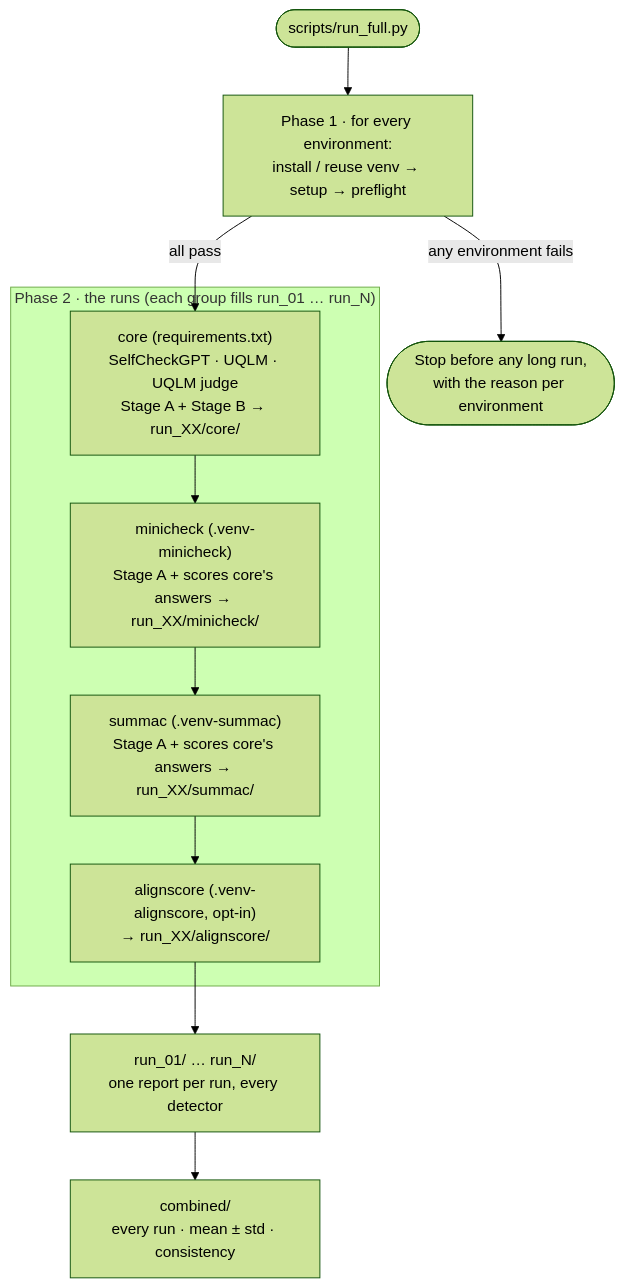
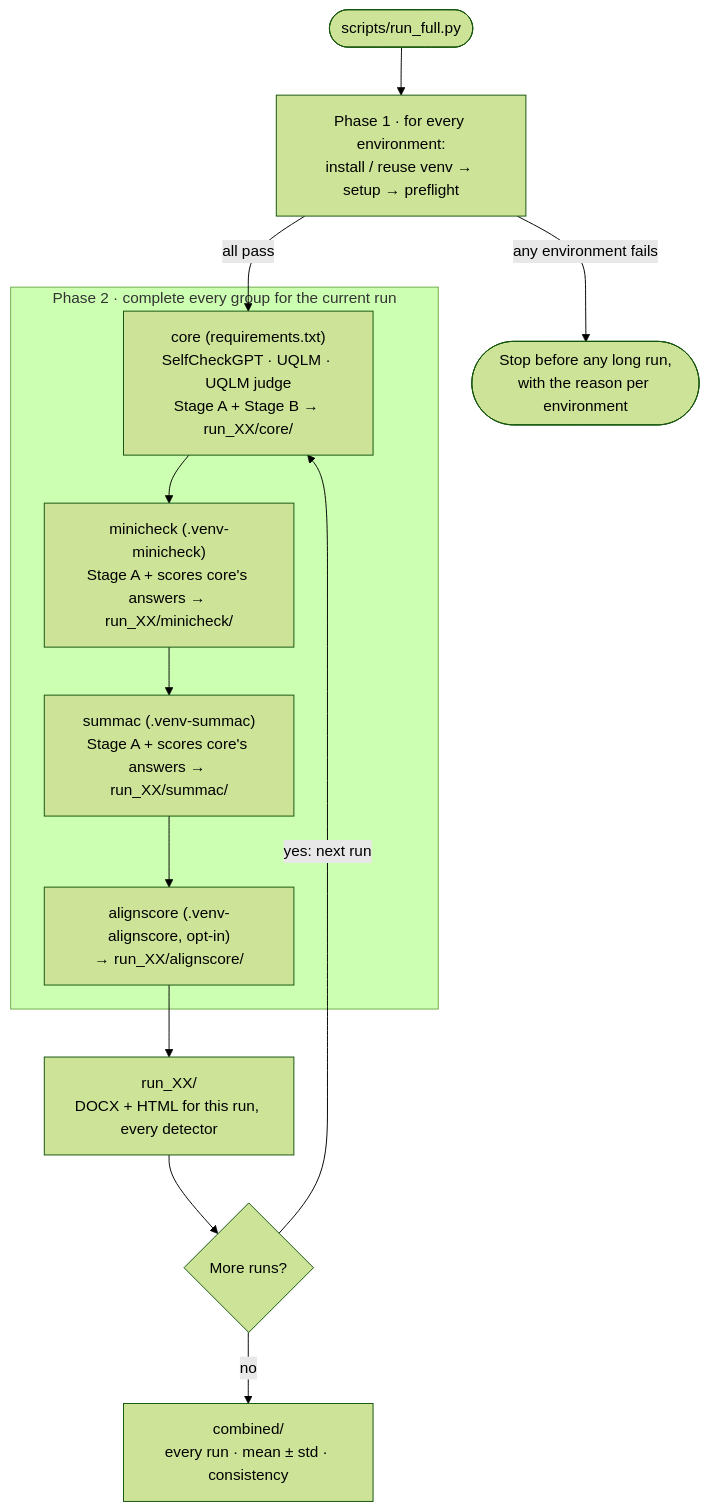
One commit to DharambirAgrawal/LLM-hallucination-Research changed the second of 5 diagrams in docs/ARCHITECTURE.md. Above: the diagram before and after it, drawn with Mermaid (forest theme). The commit also changed other lines of this file and 13 other files, not shown here.

````diff
--- a/docs/ARCHITECTURE.md
+++ b/docs/ARCHITECTURE.md
@@ -46,18 +48,20 @@
 ```mermaid
 flowchart TD
     rf(["scripts/run_full.py"])
     rf --> p1["Phase 1 · for every environment:<br/>install / reuse venv → setup → preflight"]
     p1 -->|any environment fails| stop(["Stop before any long run,<br/>with the reason per environment"])
     p1 -->|all pass| core
 
-    subgraph P2["Phase 2 · the runs (each group fills run_01 … run_N)"]
+    subgraph P2["Phase 2 · complete every group for the current run"]
         core["core (requirements.txt)<br/>SelfCheckGPT · UQLM · UQLM judge<br/>Stage A + Stage B → run_XX/core/"]
         mc["minicheck (.venv-minicheck)<br/>Stage A + scores core's answers → run_XX/minicheck/"]
         su["summac (.venv-summac)<br/>Stage A + scores core's answers → run_XX/summac/"]
         al["alignscore (.venv-alignscore, opt-in)<br/>→ run_XX/alignscore/"]
         core --> mc --> su --> al
     end
 
-    al --> perrun["run_01/ … run_N/<br/>one report per run, every detector"]
-    perrun --> comb["combined/<br/>every run · mean ± std · consistency"]
+    al --> perrun["run_XX/<br/>DOCX + HTML for this run, every detector"]
+    perrun --> more{"More runs?"}
+    more -->|yes: next run| core
+    more -->|no| comb["combined/<br/>every run · mean ± std · consistency"]
 ```
````
